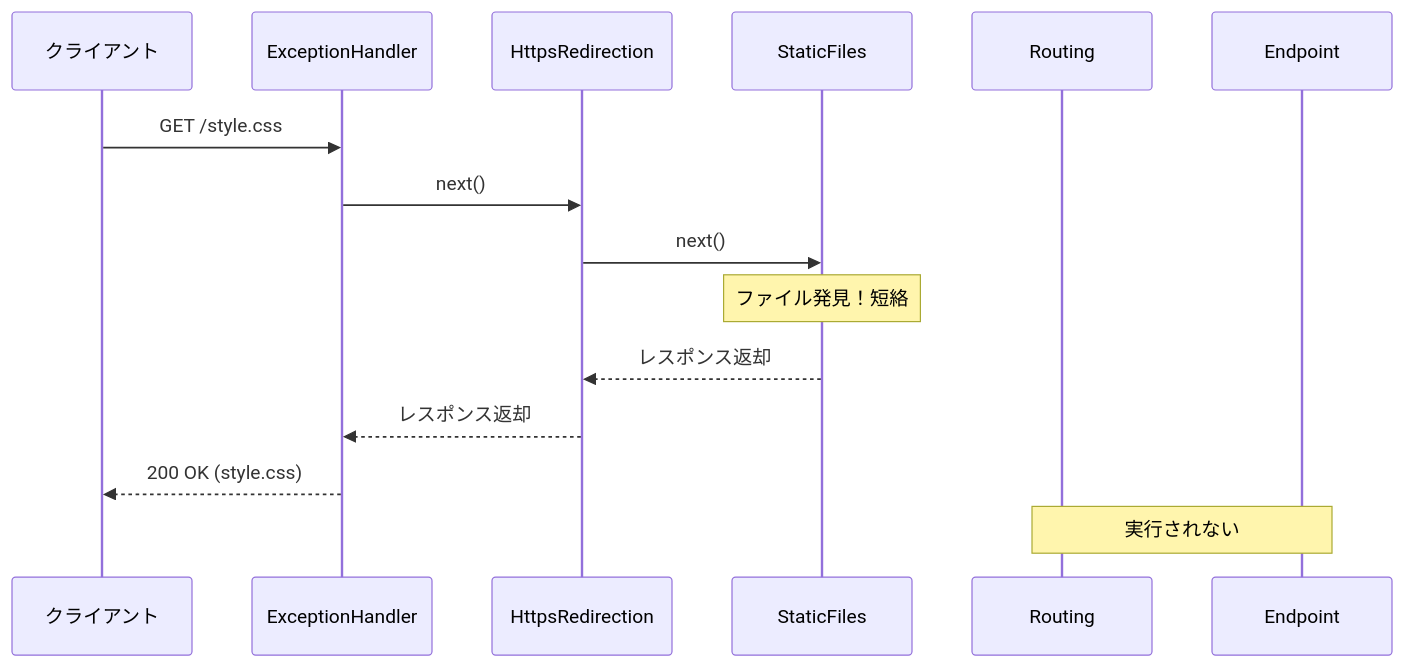
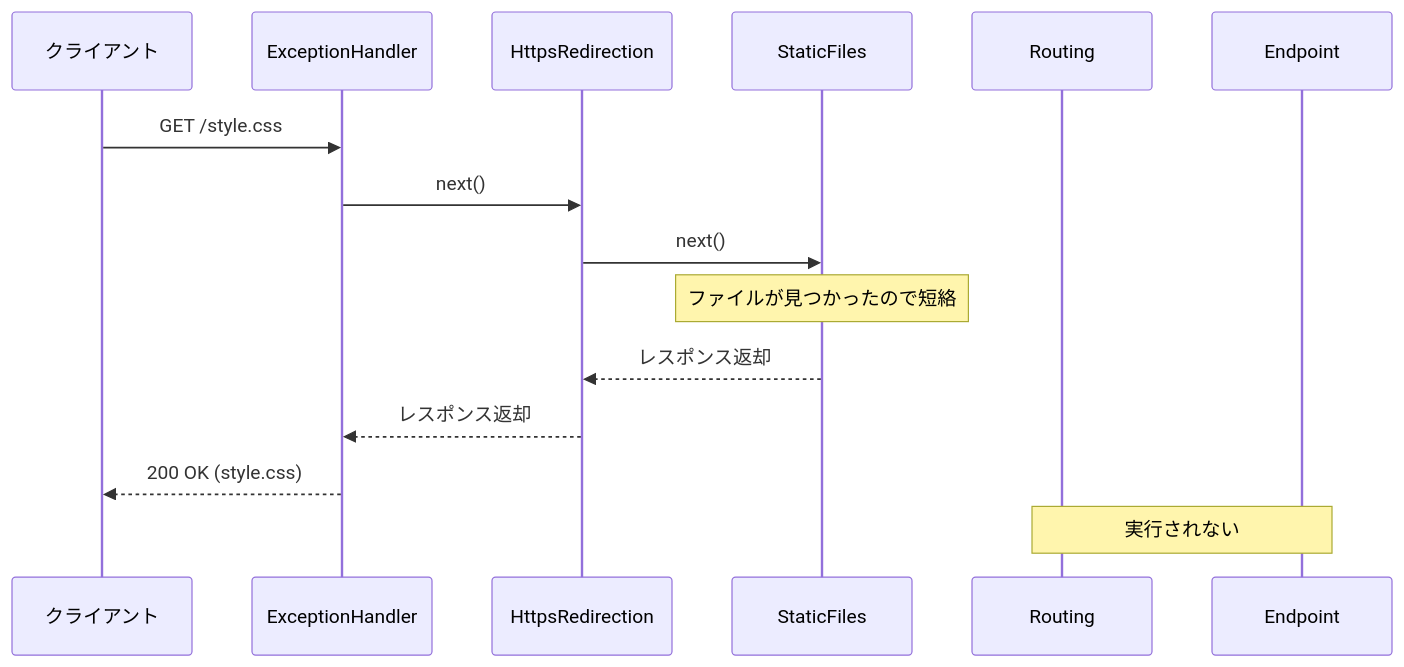
One commit to yoichiozaki/yoichiozaki.github.io changed the sixth of 20 diagrams in content/blog/ja/aspnet-core-architecture.mdx. Above: the diagram before and after it, drawn with Mermaid. The commit also changed other lines of this file and 116 other files, not shown here.

````diff
--- a/content/blog/ja/aspnet-core-architecture.mdx
+++ b/content/blog/ja/aspnet-core-architecture.mdx
@@ -260,18 +262,18 @@
 ```mermaid
 sequenceDiagram
     participant Client as クライアント
     participant Ex as ExceptionHandler
     participant Https as HttpsRedirection
     participant Static as StaticFiles
     participant Routing as Routing
     participant Endpoint as Endpoint
 
     Client->>Ex: GET /style.css
     Ex->>Https: next()
     Https->>Static: next()
-    Note over Static: ファイル発見！短絡
+    Note over Static: ファイルが見つかったので短絡
     Static-->>Https: レスポンス返却
     Https-->>Ex: レスポンス返却
     Ex-->>Client: 200 OK (style.css)
     Note over Routing,Endpoint: 実行されない
 ```
````
